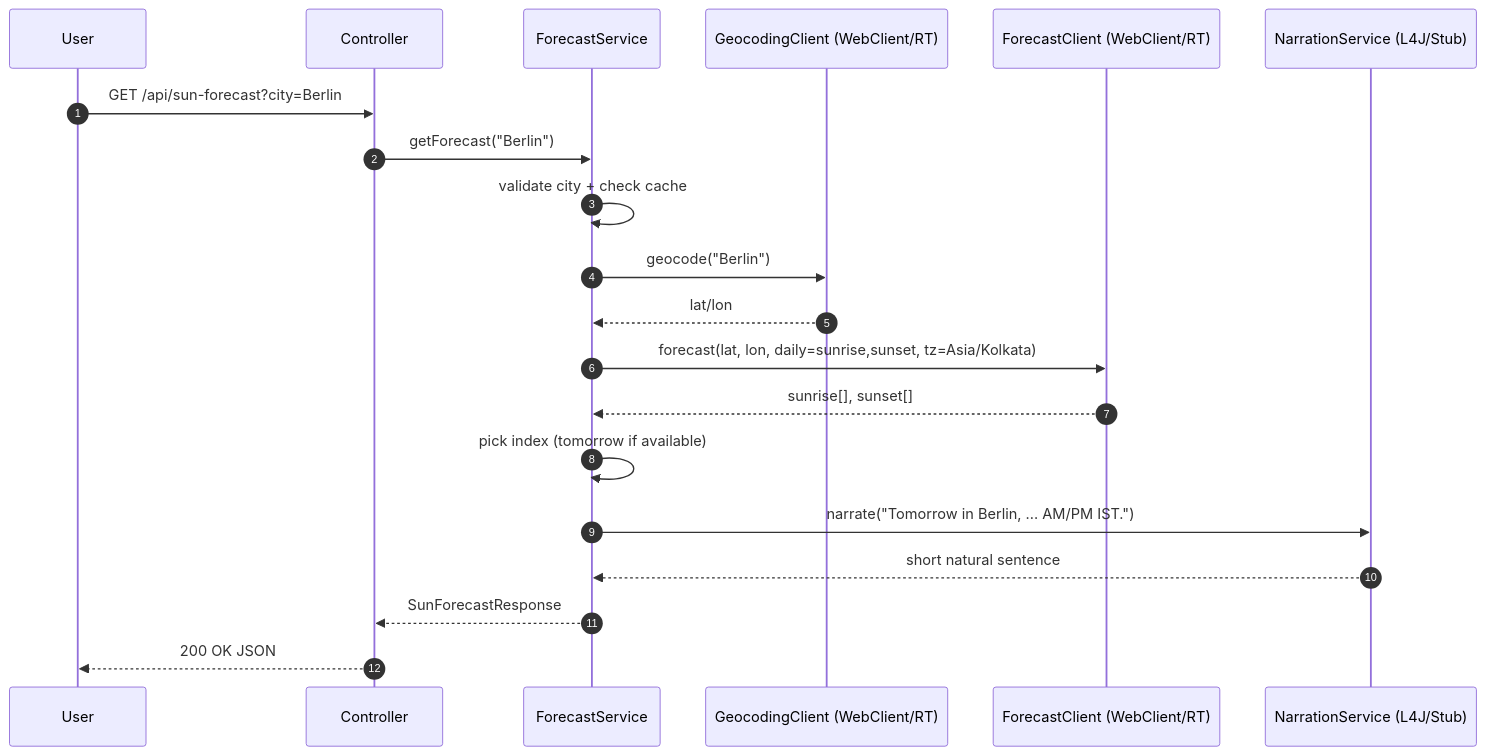
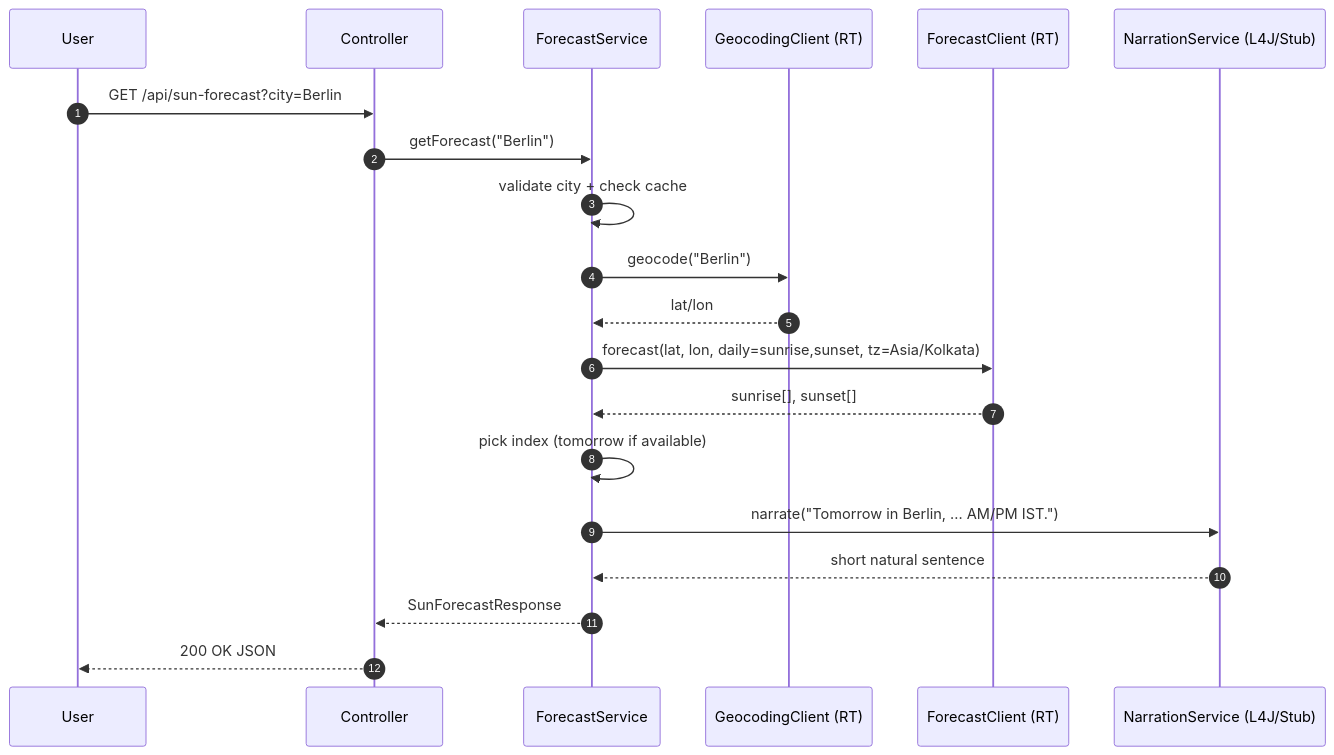
Before and after one commit to prateek-wahane/sun-forecast: the second of 2 diagrams in README.md, drawn with Mermaid. The commit also changed other lines of this file, not shown here.

````diff
--- a/README.md
+++ b/README.md
@@ -194,23 +194,23 @@
 ```mermaid
 sequenceDiagram
   autonumber
   participant U as User
   participant C as Controller
   participant S as ForecastService
-  participant GC as GeocodingClient (WebClient/RT)
-  participant FC as ForecastClient (WebClient/RT)
+  participant GC as GeocodingClient (RT)
+  participant FC as ForecastClient (RT)
   participant AI as NarrationService (L4J/Stub)
 
   U->>C: GET /api/sun-forecast?city=Berlin
   C->>S: getForecast("Berlin")
   S->>S: validate city + check cache
   S->>GC: geocode("Berlin")
   GC-->>S: lat/lon
   S->>FC: forecast(lat, lon, daily=sunrise,sunset, tz=Asia/Kolkata)
   FC-->>S: sunrise[], sunset[]
   S->>S: pick index (tomorrow if available)
   S->>AI: narrate("Tomorrow in Berlin, ... AM/PM IST.")
   AI-->>S: short natural sentence
   S-->>C: SunForecastResponse
   C-->>U: 200 OK JSON
 ```
````
